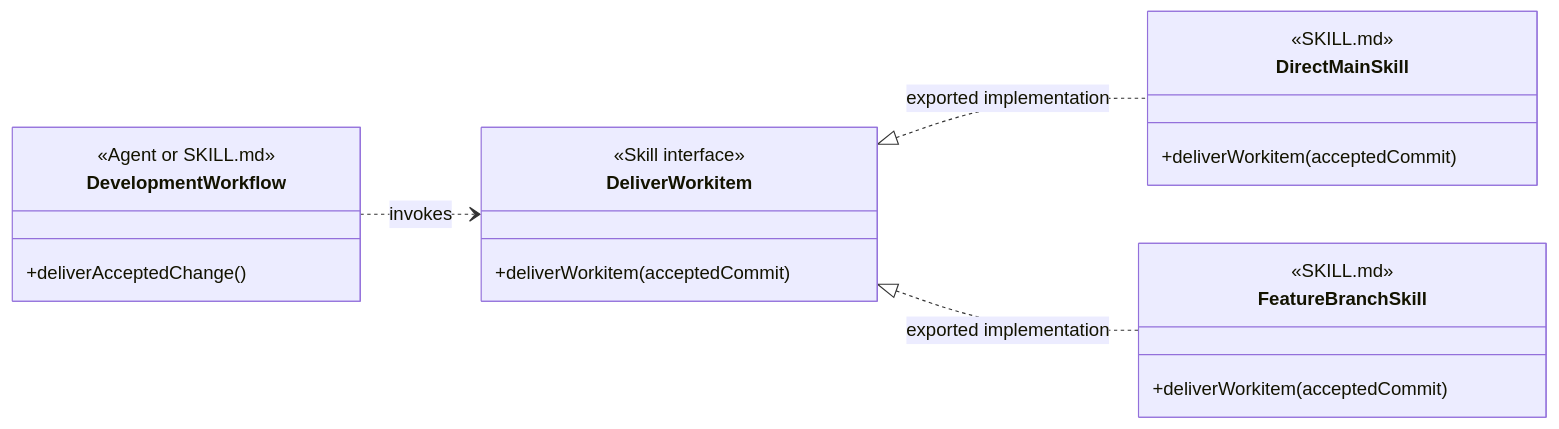
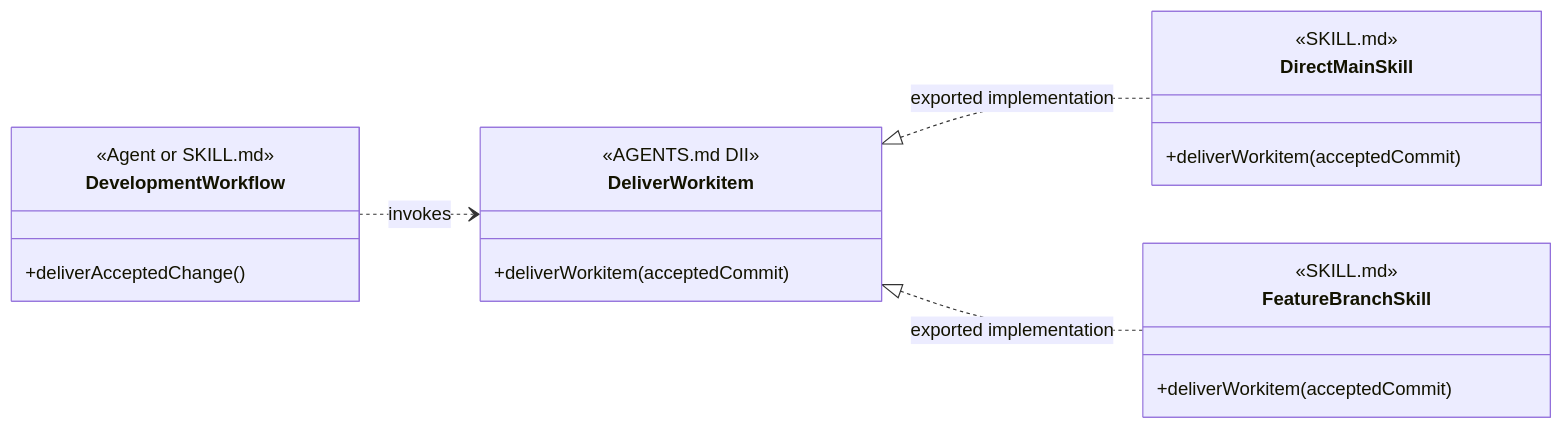
Before and after one commit to martinbechard/dev-methodology: the eighth of 10 diagrams in design/object-oriented-agent-and-skill-model.md, drawn with Mermaid. The commit also changed other lines of this file and 2 other files, not shown here.

````diff
--- a/design/object-oriented-agent-and-skill-model.md
+++ b/design/object-oriented-agent-and-skill-model.md
@@ -313,30 +314,30 @@
 ```mermaid
 classDiagram
     direction LR
 
     class DevelopmentWorkflow {
         <<Agent or SKILL.md>>
         +deliverAcceptedChange()
     }
 
     class DeliverWorkitem {
-        <<Skill interface>>
+        <<AGENTS.md DII>>
         +deliverWorkitem(acceptedCommit)
     }
 
     class DirectMainSkill {
         <<SKILL.md>>
         <<Injectable Skill>>
         +deliverWorkitem(acceptedCommit)
     }
 
     class FeatureBranchSkill {
         <<SKILL.md>>
         <<Injectable Skill>>
         +deliverWorkitem(acceptedCommit)
     }
 
     DevelopmentWorkflow ..> DeliverWorkitem : invokes
     DeliverWorkitem <|.. DirectMainSkill : exported implementation
     DeliverWorkitem <|.. FeatureBranchSkill : exported implementation
 ```
````
